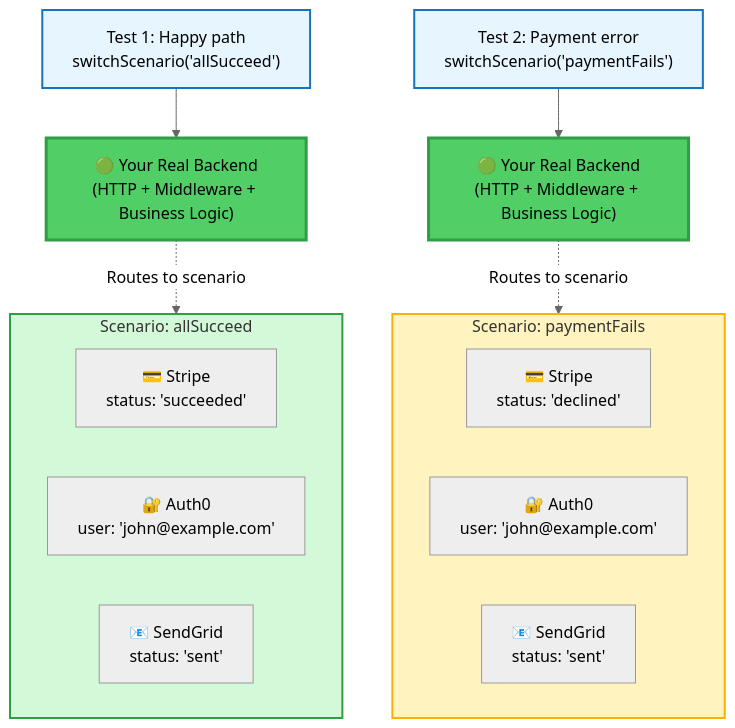
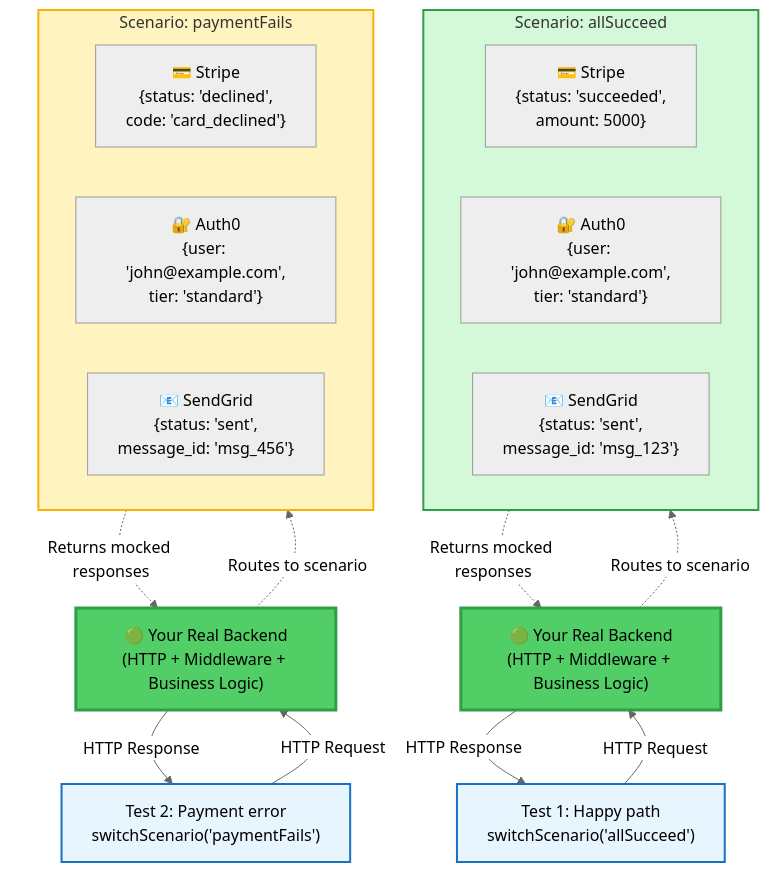
One commit to citypaul/scenarist changed the first of 3 diagrams in apps/docs/src/content/docs/introduction/overview.md. Above: the diagram before and after it, drawn with Mermaid.

Commit message:
docs: improve diagram to show complete request-response flow
- Added detailed response payloads in scenario boxes (JSON-like structures)
- Added return arrows showing mocked responses flowing back from scenarios to backend
- Added return arrows showing HTTP responses flowing back from backend to tests
- Added labels on all arrows for clarity (HTTP Request, Routes to scenario, Returns mocked responses, HTTP Response)
- Complete flow now visible: Test → Backend → Scenario → Backend → Test

````diff
--- a/apps/docs/src/content/docs/introduction/overview.md
+++ b/apps/docs/src/content/docs/introduction/overview.md
@@ -16,33 +16,39 @@
 ```mermaid
 %%{init: {'theme':'neutral', 'themeVariables': {'fontSize':'16px', 'fontFamily':'arial'}}}%%
 graph TB
     T1["Test 1: Happy path<br/>switchScenario('allSucceed')"]
     T2["Test 2: Payment error<br/>switchScenario('paymentFails')"]
 
-    T1 --> B1["🟢 Your Real Backend<br/>(HTTP + Middleware + Business Logic)"]
-    T2 --> B2["🟢 Your Real Backend<br/>(HTTP + Middleware + Business Logic)"]
+    T1 -->|HTTP Request| B1["🟢 Your Real Backend<br/>(HTTP + Middleware + Business Logic)"]
+    T2 -->|HTTP Request| B2["🟢 Your Real Backend<br/>(HTTP + Middleware + Business Logic)"]
 
     B1 -.->|Routes to scenario| S1
     B2 -.->|Routes to scenario| S2
 
     subgraph S1["Scenario: allSucceed"]
         direction LR
-        S1A["💳 Stripe<br/>status: 'succeeded'"]
-        S1B["🔐 Auth0<br/>user: 'john@example.com'"]
-        S1C["📧 SendGrid<br/>status: 'sent'"]
+        S1A["💳 Stripe<br/>{status: 'succeeded',<br/>amount: 5000}"]
+        S1B["🔐 Auth0<br/>{user: 'john@example.com',<br/>tier: 'standard'}"]
+        S1C["📧 SendGrid<br/>{status: 'sent',<br/>message_id: 'msg_123'}"]
     end
 
     subgraph S2["Scenario: paymentFails"]
         direction LR
-        S2A["💳 Stripe<br/>status: 'declined'"]
-        S2B["🔐 Auth0<br/>user: 'john@example.com'"]
-        S2C["📧 SendGrid<br/>status: 'sent'"]
+        S2A["💳 Stripe<br/>{status: 'declined',<br/>code: 'card_declined'}"]
+        S2B["🔐 Auth0<br/>{user: 'john@example.com',<br/>tier: 'standard'}"]
+        S2C["📧 SendGrid<br/>{status: 'sent',<br/>message_id: 'msg_456'}"]
     end
+
+    S1 -.->|Returns mocked responses| B1
+    S2 -.->|Returns mocked responses| B2
+
+    B1 -->|HTTP Response| T1
+    B2 -->|HTTP Response| T2
 
     style T1 fill:#e7f5ff,stroke:#1971c2,stroke-width:2px
     style T2 fill:#e7f5ff,stroke:#1971c2,stroke-width:2px
     style B1 fill:#51cf66,stroke:#2f9e44,stroke-width:3px
     style B2 fill:#51cf66,stroke:#2f9e44,stroke-width:3px
     style S1 fill:#d3f9d8,stroke:#2f9e44,stroke-width:2px
     style S2 fill:#fff3bf,stroke:#fab005,stroke-width:2px
 ```
````
